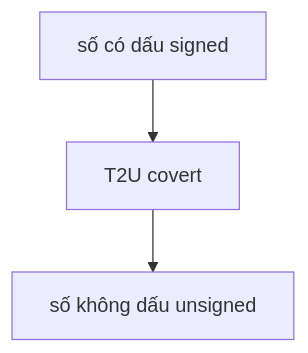
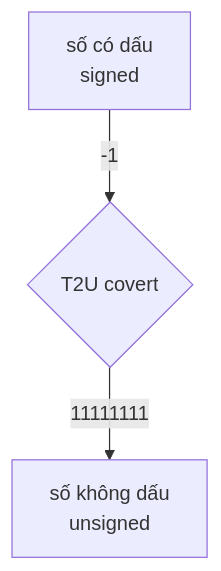
The first of 2 diagrams in writeup/two-complement-code/two-complement-code.md (tranquanghao708/Tin-hoc-dai-cuong), drawn with Mermaid before and after one commit.

````diff
--- a/writeup/two-complement-code/two-complement-code.md
+++ b/writeup/two-complement-code/two-complement-code.md
@@ -367,5 +367,5 @@
 ```mermaid
 flowchart TD
-	A[số có dấu signed] --> B[T2U covert]
-	B --> C[số không dấu unsigned]
+	A[số có dấu <br>signed</br>] -->|-1| B{T2U covert}
+	B -->|11111111| C[số không dấu <br>unsigned</br>]
 ```
````
